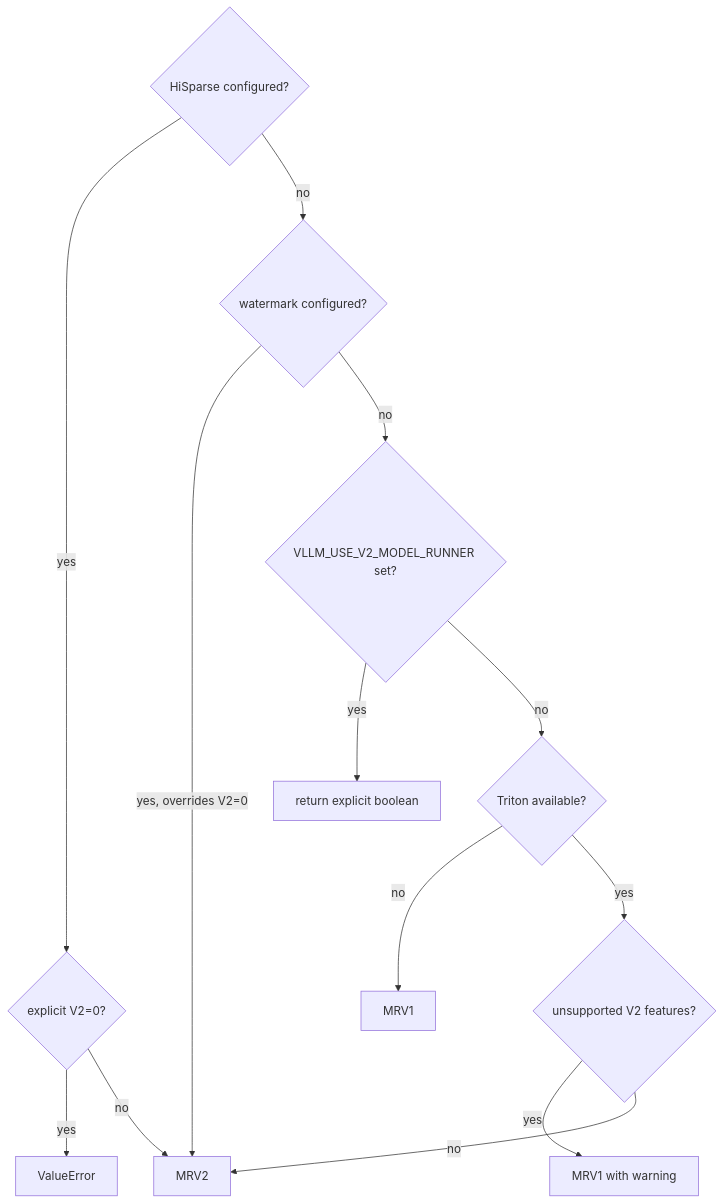
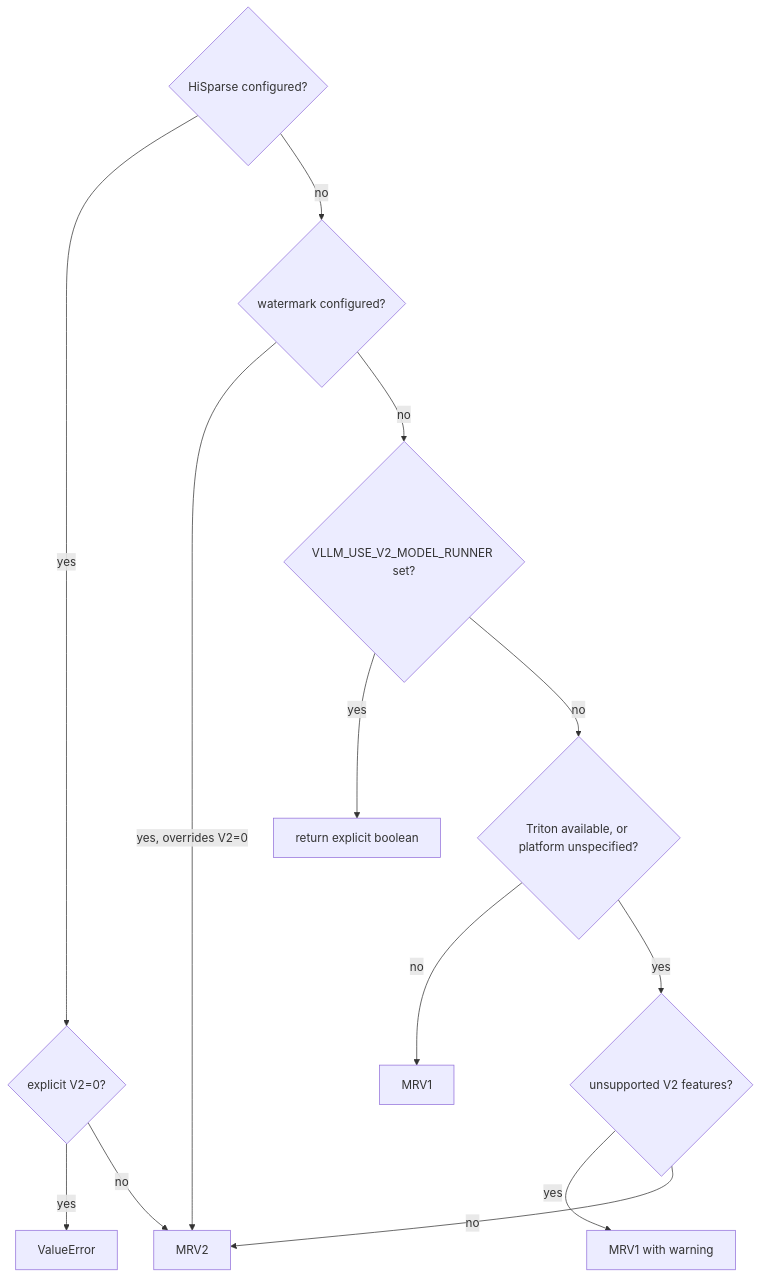
Before and after one commit to cluster1900/vllm_reader: diagram 38 of 43 in book/07-model-execution/README.md, drawn with Mermaid. The commit also changed other lines of this file and 3 other files, not shown here.

````diff
--- a/book/07-model-execution/README.md
+++ b/book/07-model-execution/README.md
@@ -1056,15 +1233,15 @@
 ```mermaid
 flowchart TD
     HS{"HiSparse configured?"} -->|yes| HSC{"explicit V2=0?"}
     HSC -->|yes| ERR["ValueError"]
     HSC -->|no| T["MRV2"]
     HS -->|no| WM{"watermark configured?"}
     WM -->|yes, overrides V2=0| T
     WM -->|no| ENV{"VLLM_USE_V2_MODEL_RUNNER set?"}
     ENV -->|yes| RET["return explicit boolean"]
-    ENV -->|no| TRI{"Triton available?"}
+    ENV -->|no| TRI{"Triton available, or platform unspecified?"}
     TRI -->|no| F2["MRV1"]
     TRI -->|yes| UNS{"unsupported V2 features?"}
     UNS -->|yes| F3["MRV1 with warning"]
     UNS -->|no| T["MRV2"]
 ```
````
